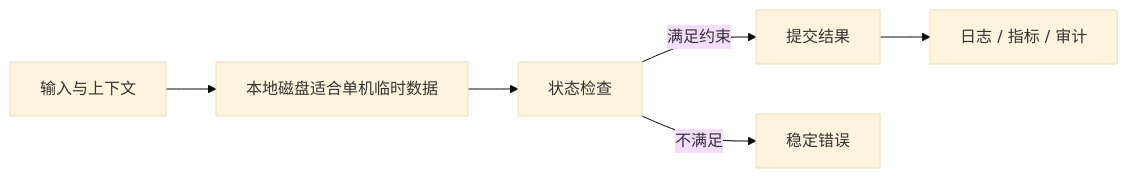
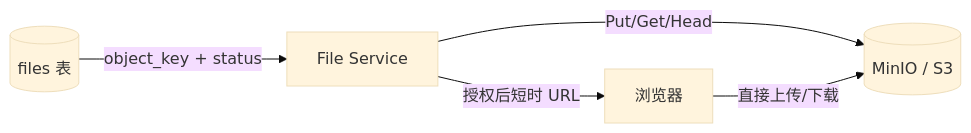
The diagram in docs/backend/local-object-storage-s3-minio.md (upJiang/jiang-blog-vitepress), drawn with Mermaid (base theme) before and after one commit. The commit also changed other lines of this file and 341 other files, not shown here.

````diff
--- a/docs/backend/local-object-storage-s3-minio.md
+++ b/docs/backend/local-object-storage-s3-minio.md
@@ -34,8 +50,7 @@
 ```mermaid
 flowchart LR
-  A[输入与上下文] --> B[本地磁盘适合单机临时数据]
-  B --> C[状态检查]
-  C -->|满足约束| D[提交结果]
-  C -->|不满足| E[稳定错误]
-  D --> F[日志 / 指标 / 审计]
+  DB[(files 表)] -->|object_key + status| API[File Service]
+  API -->|Put/Get/Head| S3[(MinIO / S3)]
+  API -->|授权后短时 URL| B[浏览器]
+  B -->|直接上传/下载| S3
 ```
````
